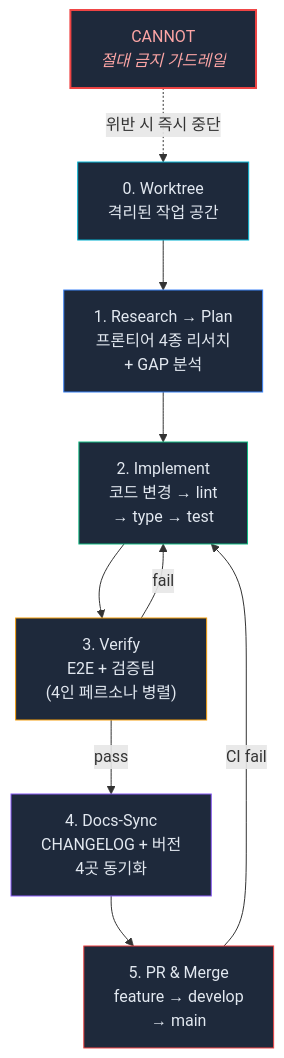
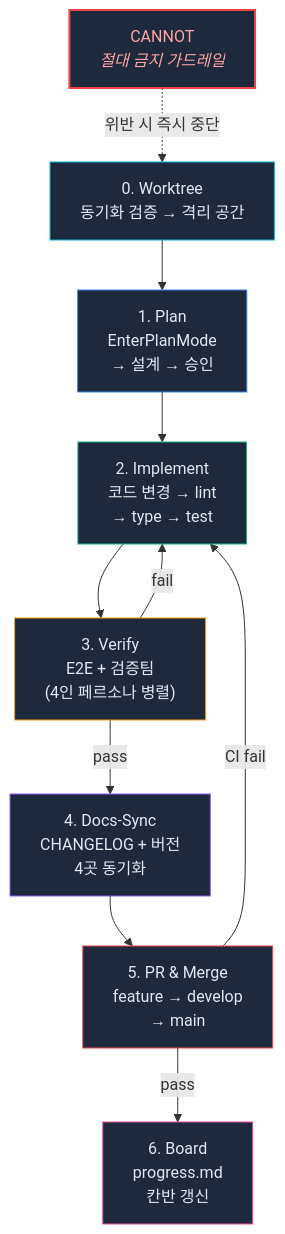
One commit to mangowhoiscloud/geode changed the first of 15 diagrams in README.md. Above: the diagram before and after it, drawn with Mermaid. The commit also changed other lines of this file, not shown here.

First line of the commit message:
docs(readme): 워크플로우 칸반 추가 + .geode/ 구조 서술 + GAP 해소

````diff
--- a/README.md
+++ b/README.md
@@ -21,21 +21,23 @@
 ```mermaid
 graph TB
     CANNOT["CANNOT<br/><i>절대 금지 가드레일</i>"]
     CANNOT -.->|"위반 시 즉시 중단"| W
 
-    W["0. Worktree<br/>격리된 작업 공간"] --> Plan["1. Research → Plan<br/>프론티어 4종 리서치<br/>+ GAP 분석"]
+    W["0. Worktree<br/>동기화 검증 → 격리 공간"] --> Plan["1. Plan<br/>EnterPlanMode<br/>→ 설계 → 승인"]
     Plan --> Impl["2. Implement<br/>코드 변경 → lint<br/>→ type → test"]
     Impl --> Verify["3. Verify<br/>E2E + 검증팀<br/>(4인 페르소나 병렬)"]
     Verify -->|"fail"| Impl
     Verify -->|"pass"| Docs["4. Docs-Sync<br/>CHANGELOG + 버전<br/>4곳 동기화"]
     Docs --> PR["5. PR & Merge<br/>feature → develop<br/>→ main"]
     PR -->|"CI fail"| Impl
+    PR -->|"pass"| Board["6. Board<br/>progress.md<br/>칸반 갱신"]
 
     style CANNOT fill:#1e293b,stroke:#ef4444,color:#fca5a5,stroke-width:2px
     style W fill:#1e293b,stroke:#06b6d4,color:#e2e8f0
     style Plan fill:#1e293b,stroke:#3b82f6,color:#e2e8f0
     style Impl fill:#1e293b,stroke:#10b981,color:#e2e8f0
     style Verify fill:#1e293b,stroke:#f59e0b,color:#e2e8f0
     style Docs fill:#1e293b,stroke:#8b5cf6,color:#e2e8f0
     style PR fill:#1e293b,stroke:#ef4444,color:#e2e8f0
+    style Board fill:#1e293b,stroke:#ec4899,color:#e2e8f0
 ```
````
